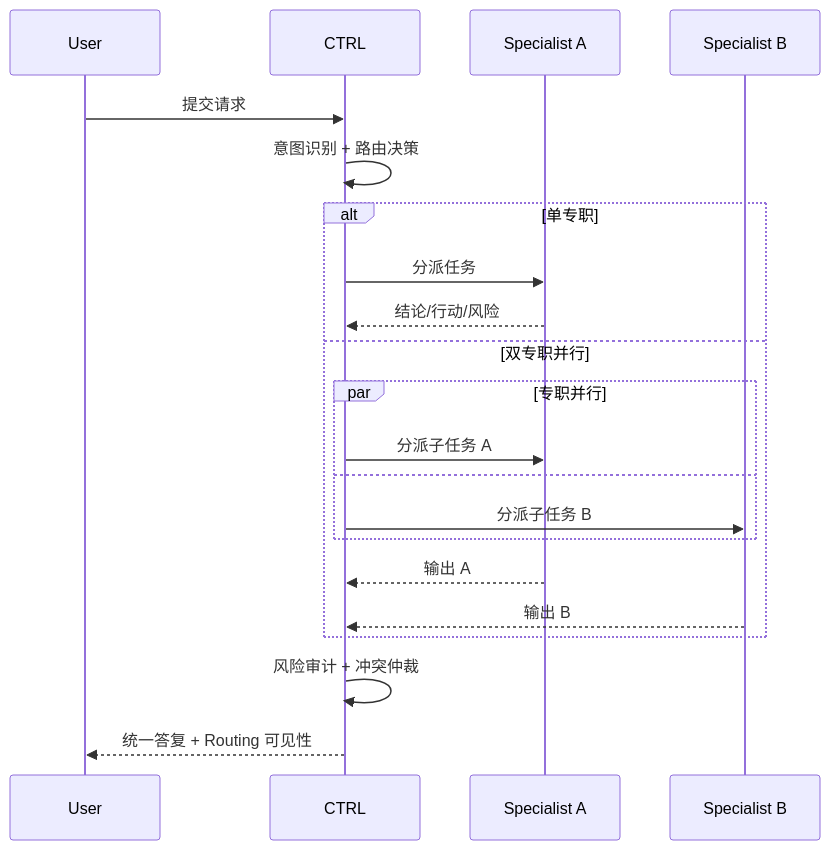
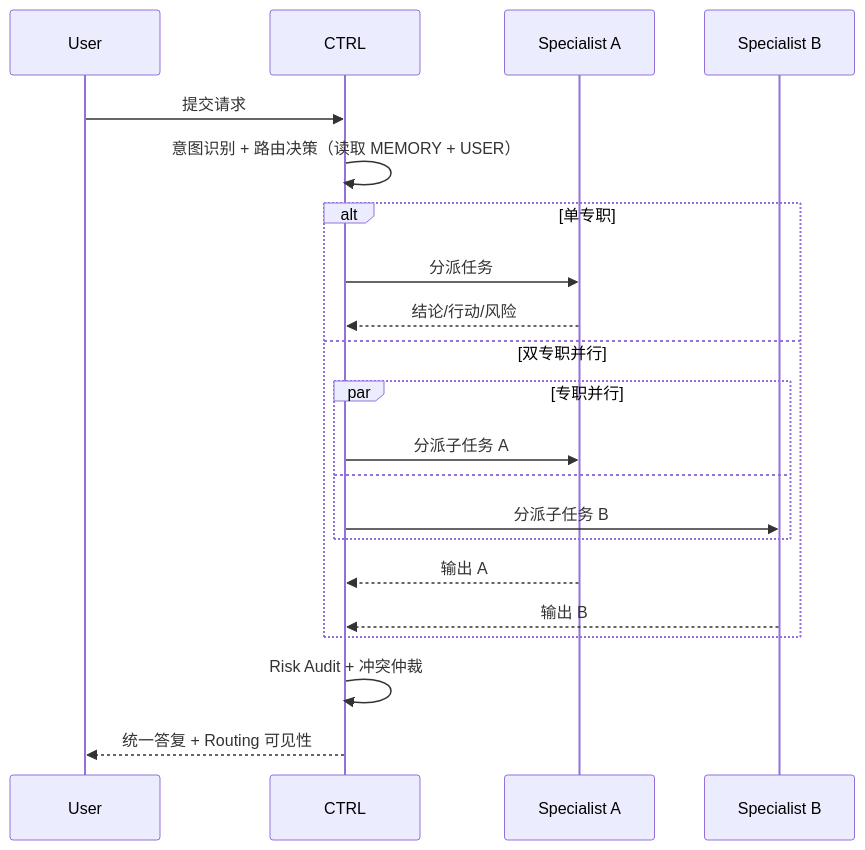
The second of 2 diagrams in README.md (jinglong92/longClaw), drawn with Mermaid before and after one commit. The commit also changed other lines of this file, not shown here.

````diff
--- a/README.md
+++ b/README.md
@@ -88,24 +159,24 @@
 ```mermaid
 sequenceDiagram
     participant U as User
     participant C as CTRL
     participant A as Specialist A
     participant B as Specialist B
 
     U->>C: 提交请求
-    C->>C: 意图识别 + 路由决策
+    C->>C: 意图识别 + 路由决策（读取 MEMORY + USER）
     alt 单专职
         C->>A: 分派任务
         A-->>C: 结论/行动/风险
     else 双专职并行
         par 专职并行
             C->>A: 分派子任务 A
             and
             C->>B: 分派子任务 B
         end
         A-->>C: 输出 A
         B-->>C: 输出 B
     end
-    C->>C: 风险审计 + 冲突仲裁
+    C->>C: Risk Audit + 冲突仲裁
     C-->>U: 统一答复 + Routing 可见性
 ```
````
